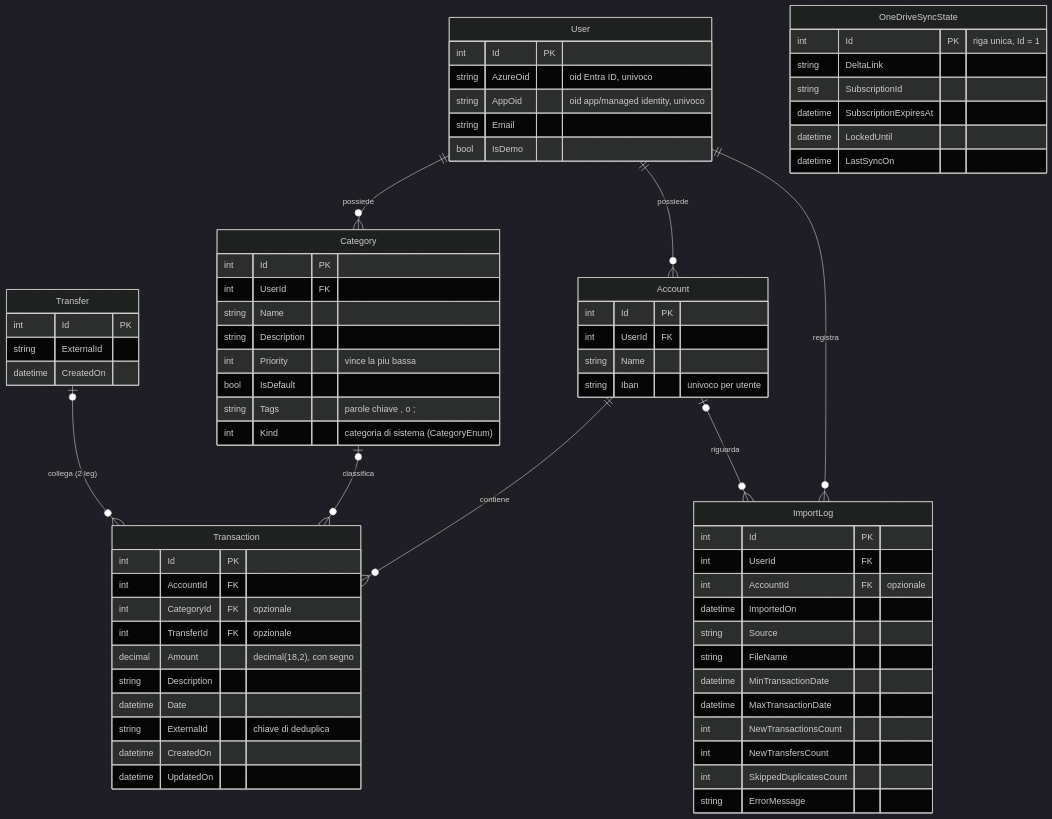
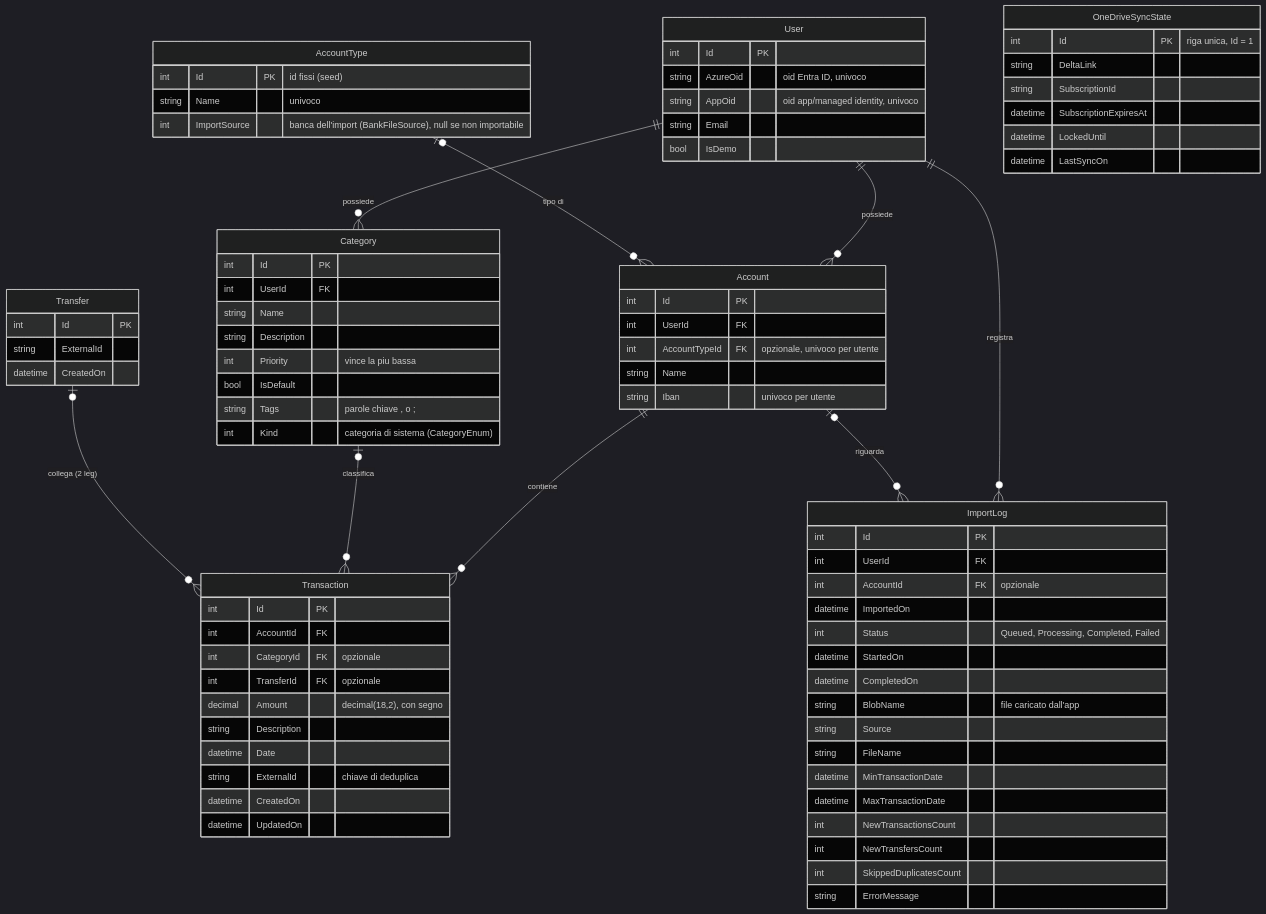
The diagram in docs/04-dati.md (roberto-desalvo/ExpenseTracker.App), drawn with Mermaid (dark theme) before and after one commit. The commit also changed other lines of this file and 113 other files, not shown here.

```diff
--- a/docs/04-dati.md
+++ b/docs/04-dati.md
@@ -13,6 +13,7 @@
     Category |o--o{ Transaction : classifica
     Transfer |o--o{ Transaction : "collega (2 leg)"
     Account |o--o{ ImportLog : riguarda
+    AccountType |o--o{ Account : "tipo di"
 
     User {
         int Id PK
@@ -24,8 +25,14 @@
     Account {
         int Id PK
         int UserId FK
+        int AccountTypeId FK "opzionale, univoco per utente"
         string Name
         string Iban "univoco per utente"
+    }
+    AccountType {
+        int Id PK "id fissi (seed)"
+        string Name "univoco"
+        int ImportSource "banca dell'import (BankFileSource), null se non importabile"
     }
     Category {
         int Id PK
@@ -59,6 +66,10 @@
         int UserId FK
         int AccountId FK "opzionale"
         datetime ImportedOn
+        int Status "Queued, Processing, Completed, Failed"
+        datetime StartedOn
+        datetime CompletedOn
+        string BlobName "file caricato dall'app"
         string Source
         string FileName
         datetime MinTransactionDate
```
